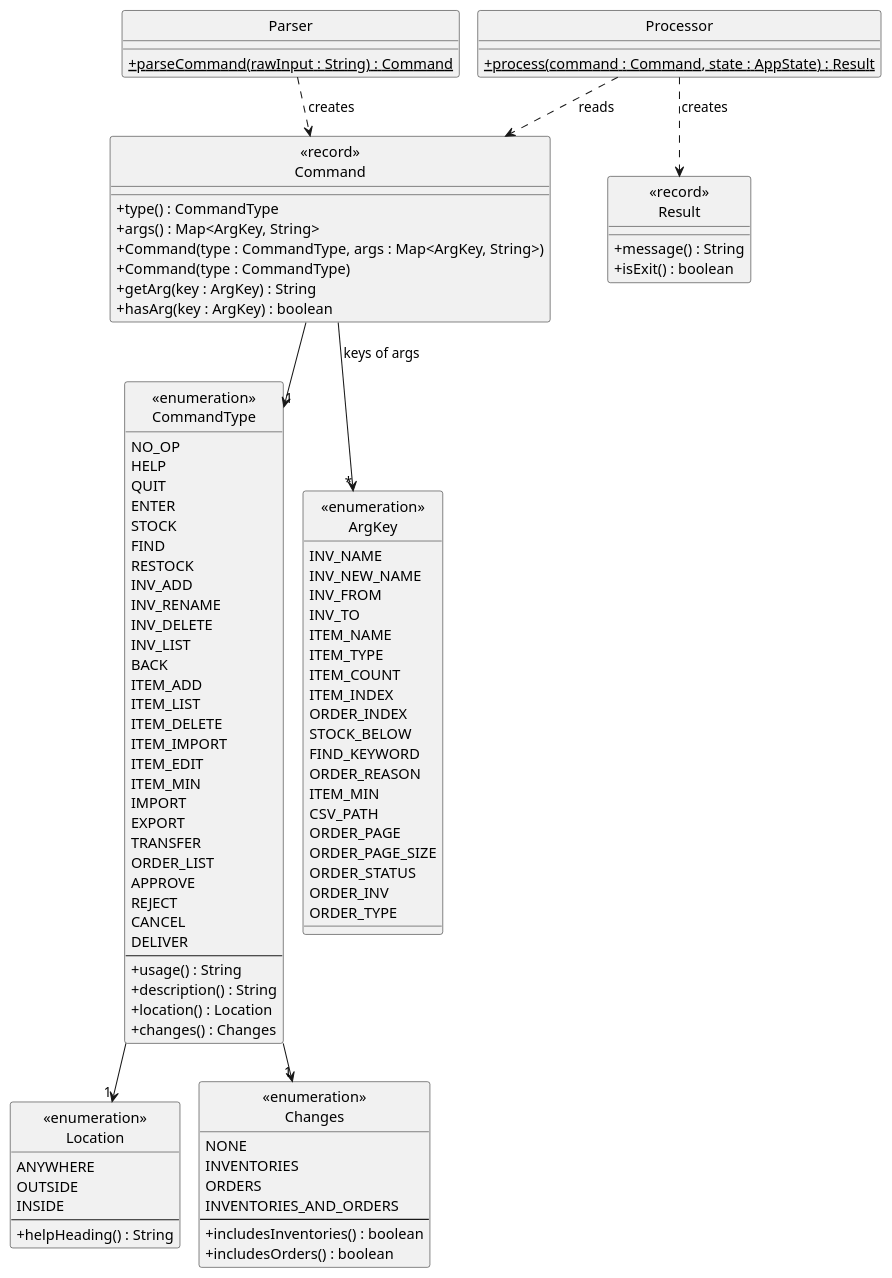
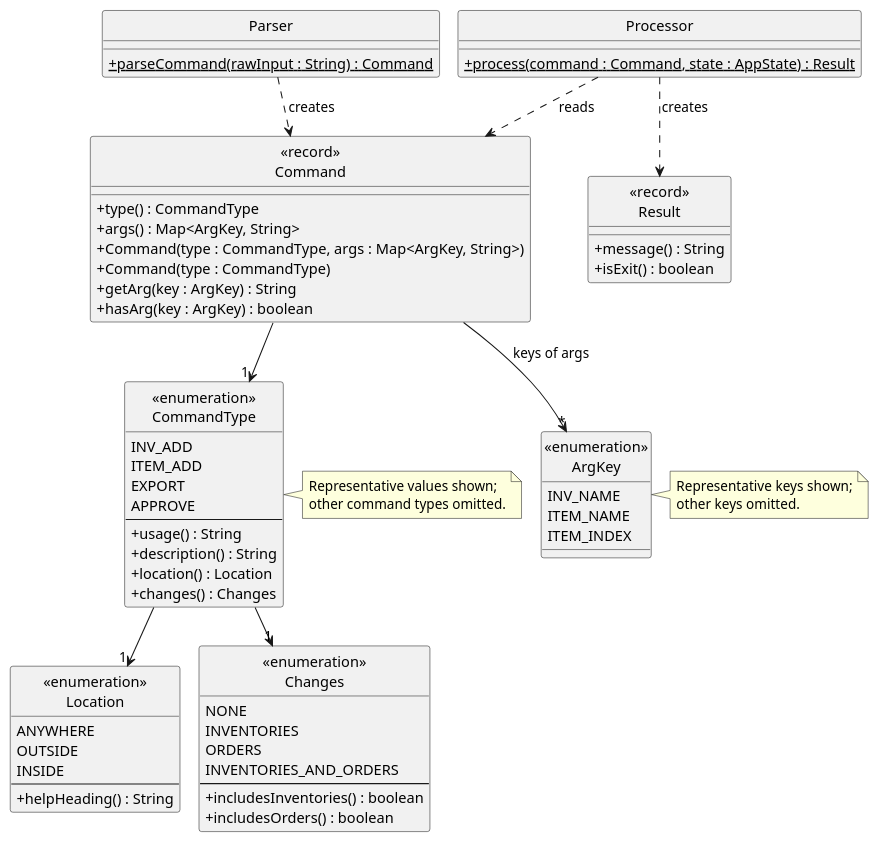
Before and after one commit to AY2627S1-CS2113-W14-4/tp: the diagram in docs/diagrams/CommandClassDiagram.puml, drawn with PlantUML. The commit also changed 12 other files, not shown here.

Commit message:
Simplify Developer Guide diagrams

```diff
--- a/docs/diagrams/CommandClassDiagram.puml
+++ b/docs/diagrams/CommandClassDiagram.puml
@@ -1,109 +1,81 @@
 @startuml
 !pragma layout smetana
 hide circle
 skinparam classAttributeIconSize 0
 
 class "<<record>>\nCommand" as Command {
     + type() : CommandType
     + args() : Map<ArgKey, String>
     + Command(type : CommandType, args : Map<ArgKey, String>)
     + Command(type : CommandType)
     + getArg(key : ArgKey) : String
     + hasArg(key : ArgKey) : boolean
 }
 
 enum "<<enumeration>>\nCommandType" as CommandType {
-    NO_OP
-    HELP
-    QUIT
-    ENTER
-    STOCK
-    FIND
-    RESTOCK
     INV_ADD
-    INV_RENAME
-    INV_DELETE
-    INV_LIST
-    BACK
     ITEM_ADD
-    ITEM_LIST
-    ITEM_DELETE
-    ITEM_IMPORT
-    ITEM_EDIT
-    ITEM_MIN
-    IMPORT
     EXPORT
-    TRANSFER
-    ORDER_LIST
     APPROVE
-    REJECT
-    CANCEL
-    DELIVER
     --
     + usage() : String
     + description() : String
     + location() : Location
     + changes() : Changes
 }
 
 enum "<<enumeration>>\nLocation" as Location {
     ANYWHERE
     OUTSIDE
     INSIDE
     --
     + helpHeading() : String
 }
 
 enum "<<enumeration>>\nChanges" as Changes {
     NONE
     INVENTORIES
     ORDERS
     INVENTORIES_AND_ORDERS
     --
     + includesInventories() : boolean
     + includesOrders() : boolean
 }
 
 enum "<<enumeration>>\nArgKey" as ArgKey {
     INV_NAME
-    INV_NEW_NAME
-    INV_FROM
-    INV_TO
     ITEM_NAME
-    ITEM_TYPE
-    ITEM_COUNT
     ITEM_INDEX
-    ORDER_INDEX
-    STOCK_BELOW
-    FIND_KEYWORD
-    ORDER_REASON
-    ITEM_MIN
-    CSV_PATH
-    ORDER_PAGE
-    ORDER_PAGE_SIZE
-    ORDER_STATUS
-    ORDER_INV
-    ORDER_TYPE
 }
 
 class "<<record>>\nResult" as Result {
     + message() : String
     + isExit() : boolean
 }
 
 class Parser {
     + {static} parseCommand(rawInput : String) : Command
 }
 
 class Processor {
     + {static} process(command : Command, state : AppState) : Result
 }
 
 Command --> "1" CommandType
 CommandType --> "1" Location
 CommandType --> "1" Changes
 Command --> "*" ArgKey : keys of args
 Parser ..> Command : creates
 Processor ..> Command : reads
 Processor ..> Result : creates
+
+note right of CommandType
+    Representative values shown;
+    other command types omitted.
+end note
+
+note right of ArgKey
+    Representative keys shown;
+    other keys omitted.
+end note
 @enduml
```
